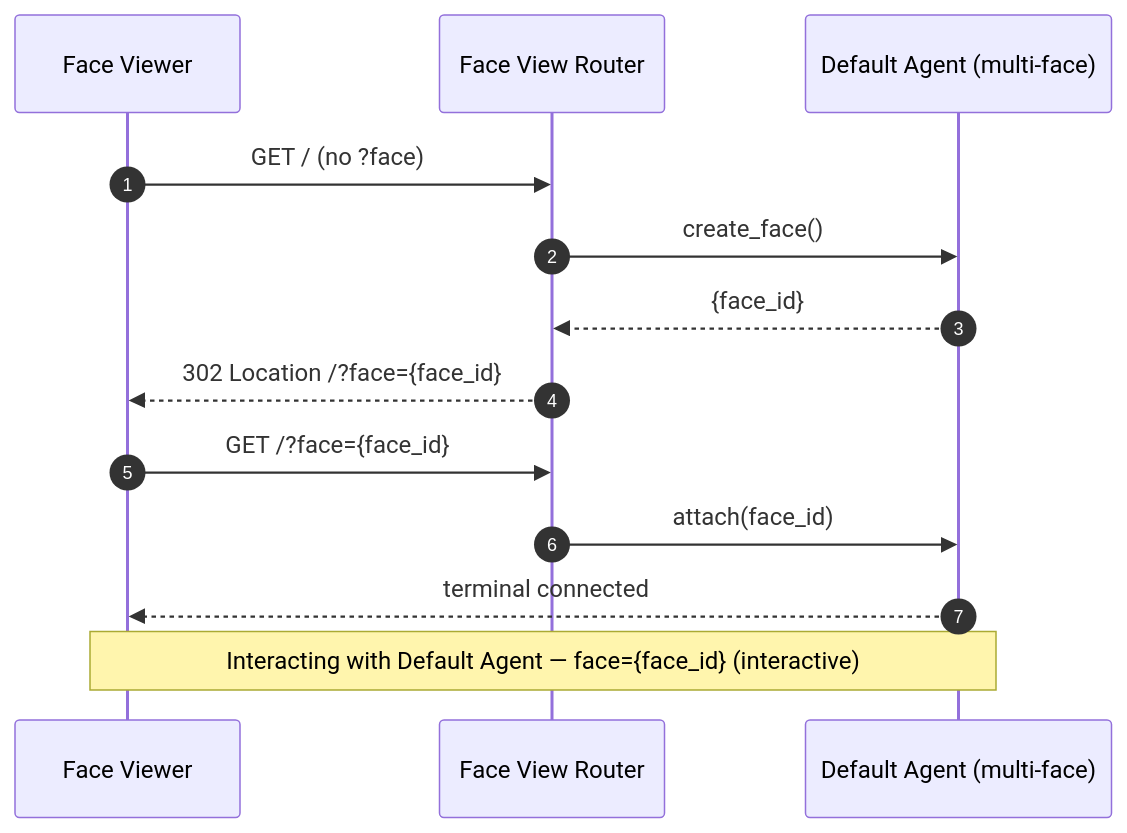
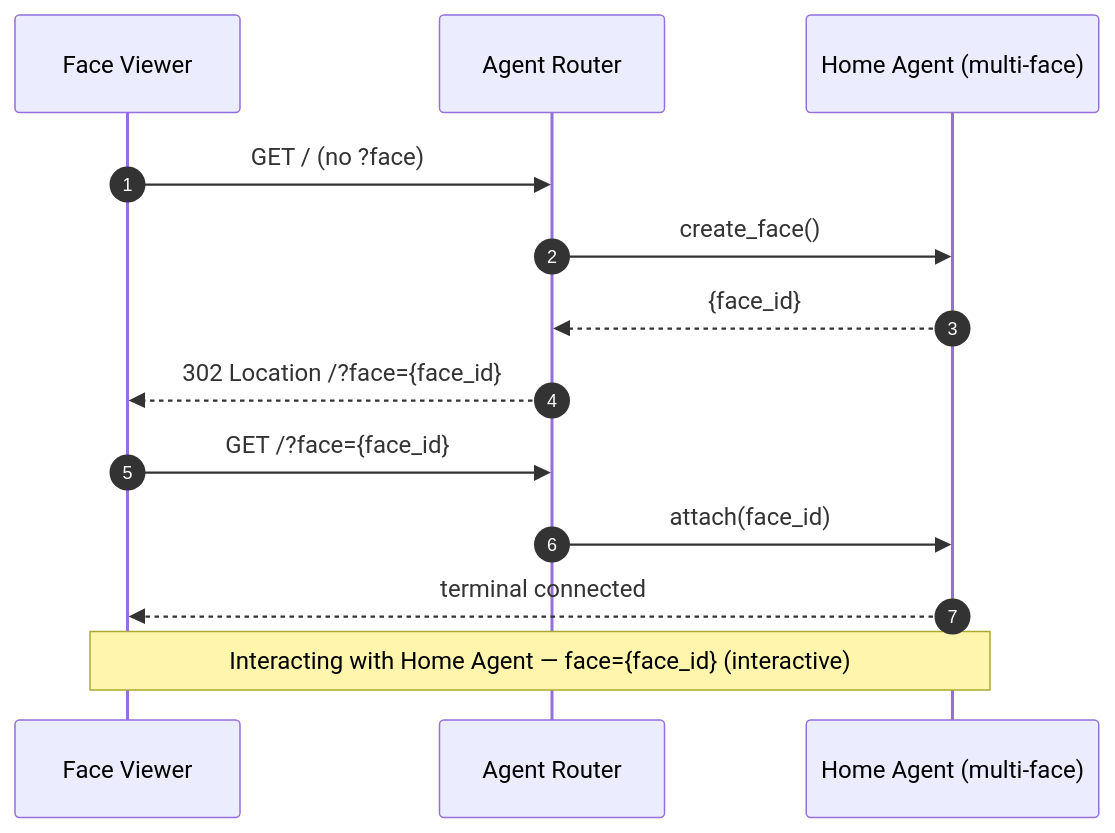
The first of 6 diagrams in design/docs/USER-FLOW.md (dreamcatcher-tech/artifact-codex), drawn with Mermaid before and after one commit. The commit also changed other lines of this file and 45 other files, not shown here.

````diff
--- a/design/docs/USER-FLOW.md
+++ b/design/docs/USER-FLOW.md
@@ -15,15 +15,15 @@
 ```mermaid
 sequenceDiagram
   autonumber
   participant U as Face Viewer
-  participant FVR as Face View Router
-  participant A as Default Agent (multi-face)
-  U->>FVR: GET / (no ?face)
-  FVR->>A: create_face()
-  A-->>FVR: {face_id}
-  FVR-->>U: 302 Location /?face={face_id}
-  U->>FVR: GET /?face={face_id}
-  FVR->>A: attach(face_id)
+  participant AR as Agent Router
+  participant A as Home Agent (multi-face)
+  U->>AR: GET / (no ?face)
+  AR->>A: create_face()
+  A-->>AR: {face_id}
+  AR-->>U: 302 Location /?face={face_id}
+  U->>AR: GET /?face={face_id}
+  AR->>A: attach(face_id)
   A-->>U: terminal connected
-  Note over U,A: Interacting with Default Agent — face={face_id} (interactive)
+  Note over U,A: Interacting with Home Agent — face={face_id} (interactive)
 ```
````
